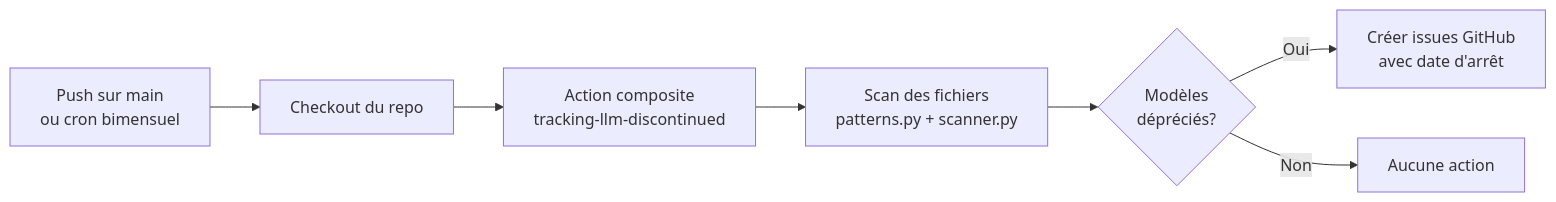
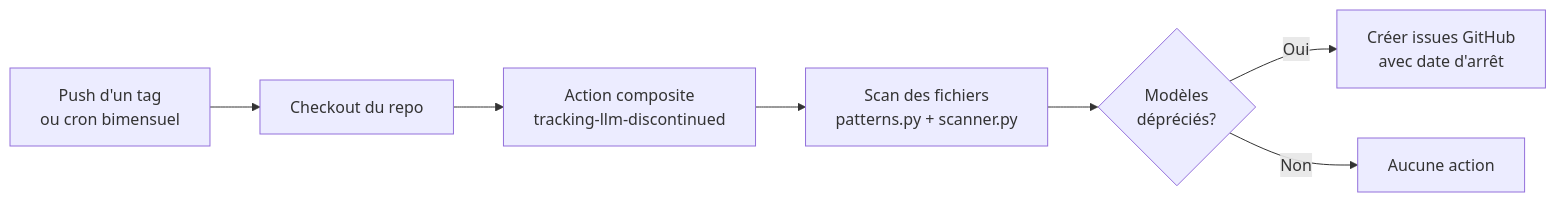
The first of 2 diagrams in README.md (Baseline-quebec/tracking-llm-discontinued), drawn with Mermaid before and after one commit. The commit also changed other lines of this file and 1 other file, not shown here.

````diff
--- a/README.md
+++ b/README.md
@@ -13,9 +13,9 @@
 ```mermaid
 flowchart LR
-    A[Push sur main<br>ou cron bimensuel] --> B[Checkout du repo]
+    A[Push d'un tag<br>ou cron bimensuel] --> B[Checkout du repo]
     B --> C[Action composite<br>tracking-llm-discontinued]
     C --> D[Scan des fichiers<br>patterns.py + scanner.py]
     D --> E{Modèles<br>dépréciés?}
     E -->|Oui| F[Créer issues GitHub<br>avec date d'arrêt]
     E -->|Non| G[Aucune action]
 ```
````
